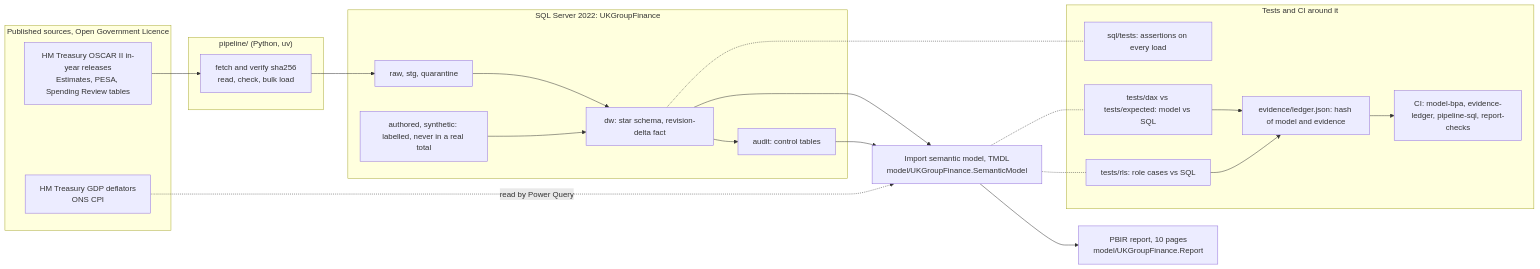
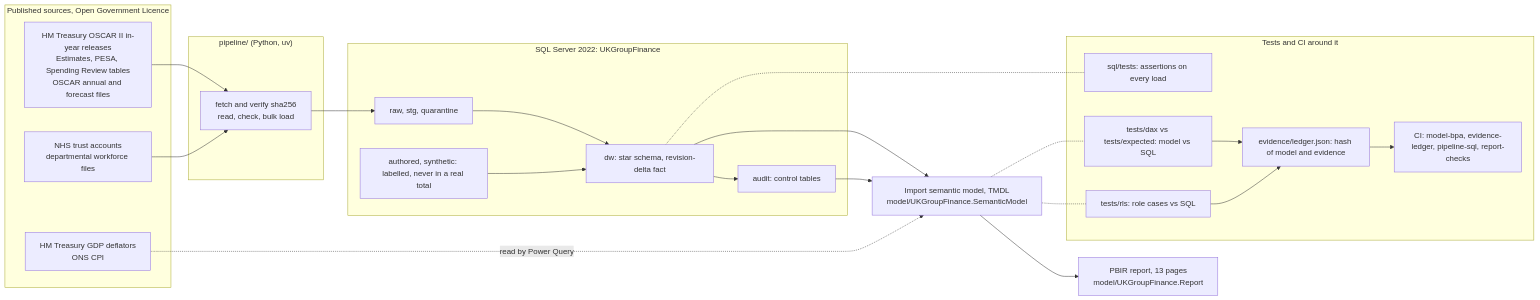
Before and after one commit to Shivansh9307/uk-group-finance-reporting: the diagram in README.md, drawn with Mermaid. The commit also changed other lines of this file and 5 other files, not shown here.

````diff
--- a/README.md
+++ b/README.md
@@ -46,39 +48,41 @@
 ```mermaid
 flowchart LR
   subgraph SRC["Published sources, Open Government Licence"]
-    S1["HM Treasury OSCAR II in-year releases<br/>Estimates, PESA, Spending Review tables"]
+    S1["HM Treasury OSCAR II in-year releases<br/>Estimates, PESA, Spending Review tables<br/>OSCAR annual and forecast files"]
+    S3["NHS trust accounts<br/>departmental workforce files"]
     S2["HM Treasury GDP deflators<br/>ONS CPI"]
   end
   subgraph PIPE["pipeline/ (Python, uv)"]
     P1["fetch and verify sha256<br/>read, check, bulk load"]
   end
   subgraph DB["SQL Server 2022: UKGroupFinance"]
     D1["raw, stg, quarantine"]
     D2["dw: star schema, revision-delta fact"]
     D3["audit: control tables"]
     D4["authored, synthetic: labelled, never in a real total"]
     D1 --> D2
     D2 --> D3
   end
   M["Import semantic model, TMDL<br/>model/UKGroupFinance.SemanticModel"]
-  R["PBIR report, 10 pages<br/>model/UKGroupFinance.Report"]
+  R["PBIR report, 13 pages<br/>model/UKGroupFinance.Report"]
   S1 --> P1 --> D1
+  S3 --> P1
   D4 --> D2
   D2 --> M
   D3 --> M
   S2 -. "read by Power Query" .-> M
   M --> R
   subgraph CHK["Tests and CI around it"]
     T1["sql/tests: assertions on every load"]
     T2["tests/dax vs tests/expected: model vs SQL"]
     T3["tests/rls: role cases vs SQL"]
     T4["evidence/ledger.json: hash of model and evidence"]
     T5["CI: model-bpa, evidence-ledger, pipeline-sql, report-checks"]
   end
   D2 -.- T1
   M -.- T2
   M -.- T3
   T2 --> T4
   T3 --> T4
   T4 --> T5
 ```
````
